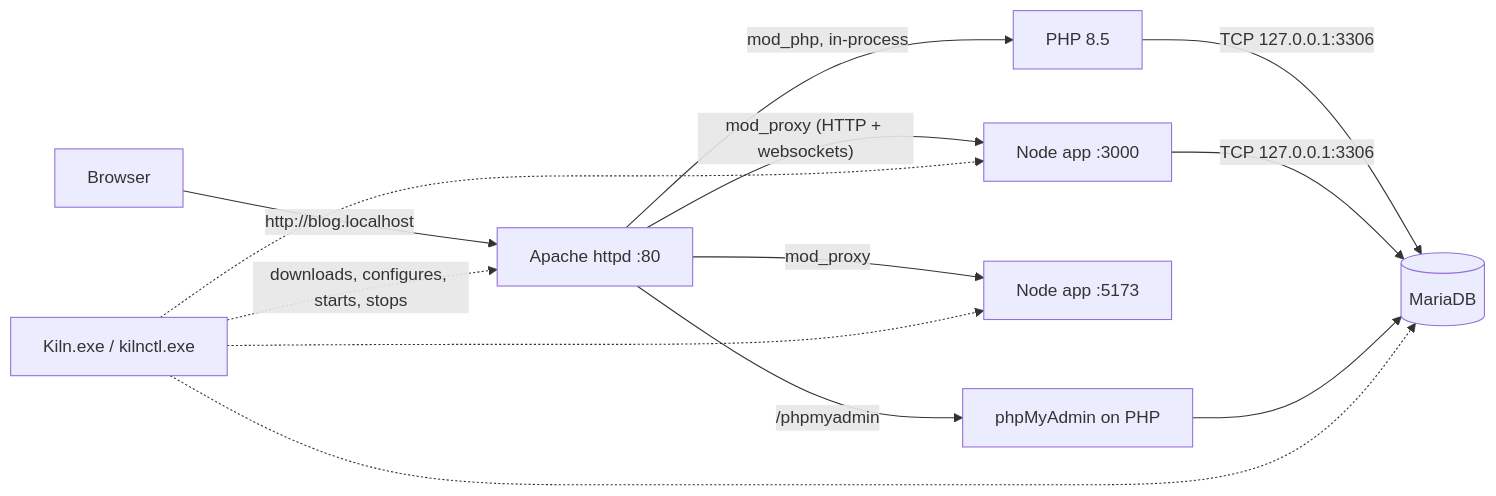
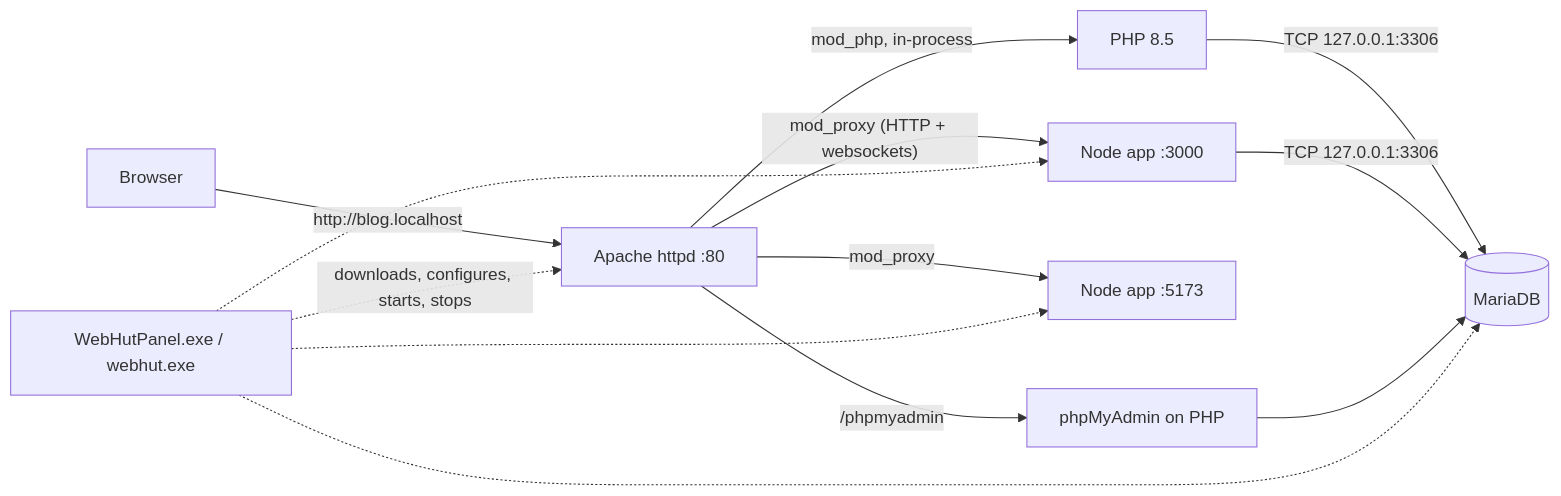
Before and after one commit to hashencoder/kiln: the diagram in docs/01-architecture.md, drawn with Mermaid. The commit also changed other lines of this file and 57 other files, not shown here.

First line of the commit message:
Rename project from Kiln to WebHut

````diff
--- a/docs/01-architecture.md
+++ b/docs/01-architecture.md
@@ -7,15 +7,15 @@
 ```mermaid
 flowchart LR
     B[Browser] -->|"http://blog.localhost"| A[Apache httpd :80]
     A -->|mod_php, in-process| P[PHP 8.5]
     A -->|"mod_proxy (HTTP + websockets)"| N1[Node app :3000]
     A -->|mod_proxy| N2[Node app :5173]
     P -->|TCP 127.0.0.1:3306| M[(MariaDB)]
     N1 -->|TCP 127.0.0.1:3306| M
     A -->|/phpmyadmin| PMA[phpMyAdmin on PHP]
     PMA --> M
-    K[Kiln.exe / kilnctl.exe] -.downloads, configures, starts, stops.-> A
+    K[WebHutPanel.exe / webhut.exe] -.downloads, configures, starts, stops.-> A
     K -.-> M
     K -.-> N1
     K -.-> N2
 ```
````
